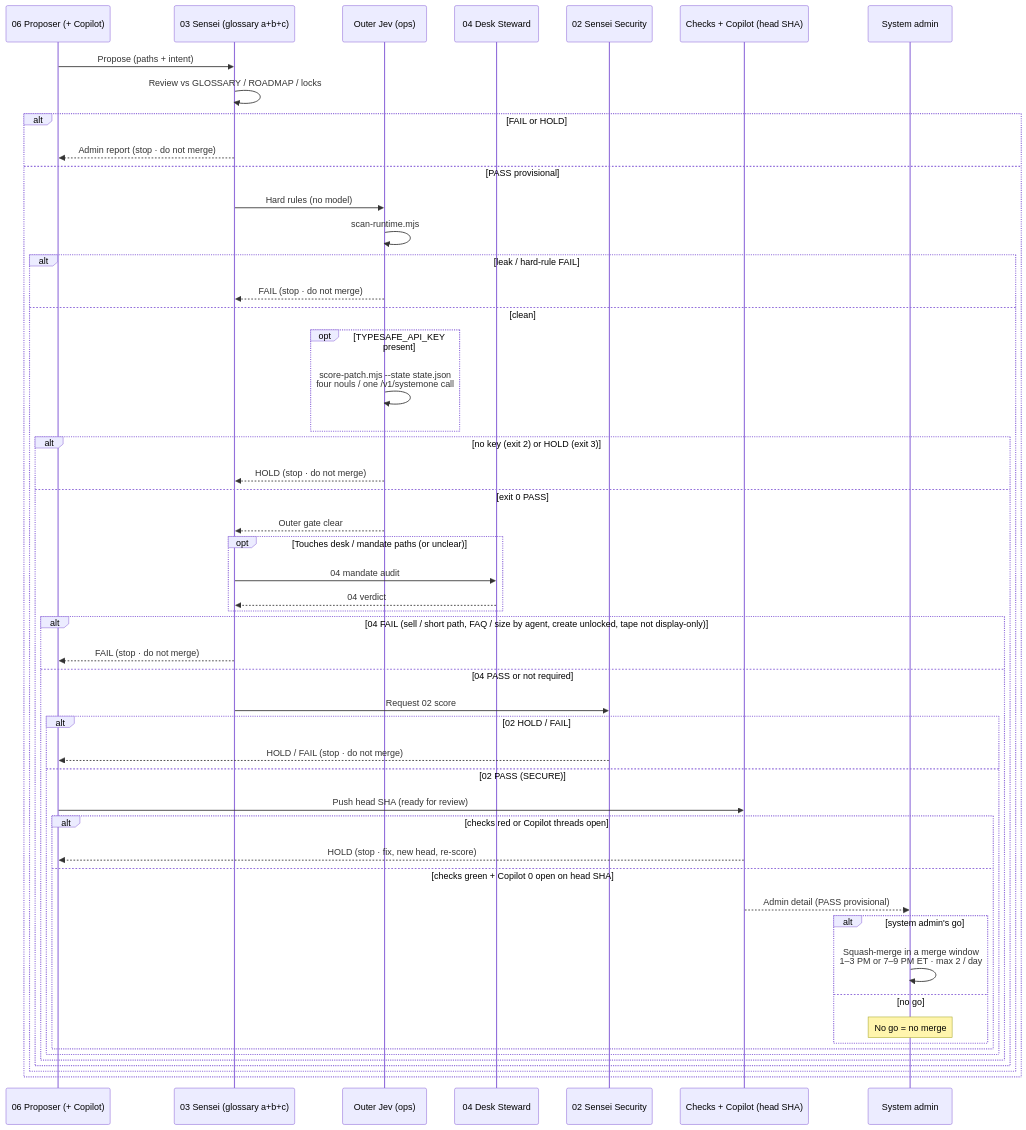
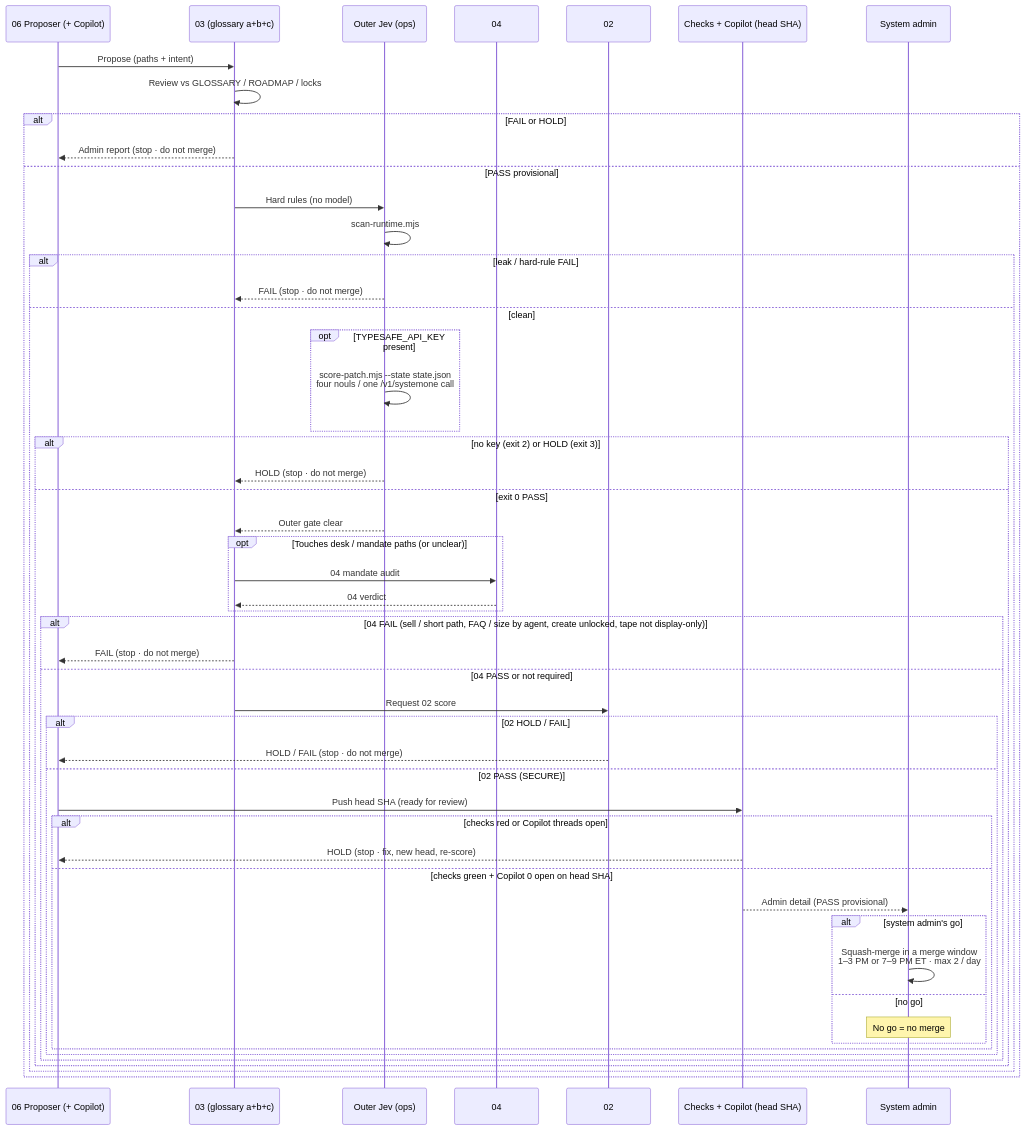
The first of 2 diagrams in ops/sensei/flows/07-lab3-bot-workflow.md (S1R1US-AI/lab3-visible-sandbox), drawn with Mermaid before and after one commit. The commit also changed other lines of this file and 2 other files, not shown here.

Commit message:
docs(sensei): bots by number only in Flow 04/07 and poster

````diff
--- a/ops/sensei/flows/07-lab3-bot-workflow.md
+++ b/ops/sensei/flows/07-lab3-bot-workflow.md
@@ -11,55 +11,55 @@
 ```mermaid
 sequenceDiagram
   participant P as 06 Proposer (+ Copilot)
-  participant S as 03 Sensei (glossary a+b+c)
+  participant S as 03 (glossary a+b+c)
   participant J as Outer Jev (ops)
-  participant D as 04 Desk Steward
-  participant SEC as 02 Sensei Security
+  participant D as 04
+  participant SEC as 02
   participant CI as Checks + Copilot (head SHA)
   participant A as System admin
 
   P->>S: Propose (paths + intent)
   S->>S: Review vs GLOSSARY / ROADMAP / locks
   alt FAIL or HOLD
     S-->>P: Admin report (stop · do not merge)
   else PASS provisional
     S->>J: Hard rules (no model)
     J->>J: scan-runtime.mjs
     alt leak / hard-rule FAIL
       J-->>S: FAIL (stop · do not merge)
     else clean
       opt TYPESAFE_API_KEY present
         J->>J: score-patch.mjs --state state.json<br/>four nouls / one /v1/systemone call
       end
       alt no key (exit 2) or HOLD (exit 3)
         J-->>S: HOLD (stop · do not merge)
       else exit 0 PASS
         J-->>S: Outer gate clear
         opt Touches desk / mandate paths (or unclear)
           S->>D: 04 mandate audit
           D-->>S: 04 verdict
         end
         alt 04 FAIL (sell / short path, FAQ / size by agent, create unlocked, tape not display-only)
           S-->>P: FAIL (stop · do not merge)
         else 04 PASS or not required
           S->>SEC: Request 02 score
           alt 02 HOLD / FAIL
             SEC-->>P: HOLD / FAIL (stop · do not merge)
           else 02 PASS (SECURE)
             P->>CI: Push head SHA (ready for review)
             alt checks red or Copilot threads open
               CI-->>P: HOLD (stop · fix, new head, re-score)
             else checks green + Copilot 0 open on head SHA
               CI-->>A: Admin detail (PASS provisional)
               alt system admin's go
                 A->>A: Squash-merge in a merge window<br/>1–3 PM or 7–9 PM ET · max 2 / day
               else no go
                 Note over A: No go = no merge
               end
             end
           end
         end
       end
     end
   end
 ```
````
